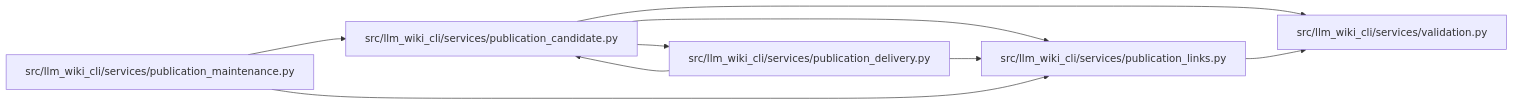
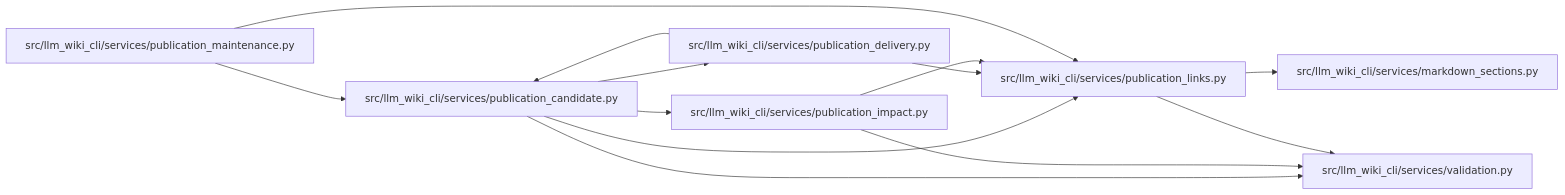
Before and after one commit to Denissvgn/python-wiki-llm: the diagram in docs/llm_wiki/modules/publication_links.md, drawn with Mermaid. The commit also changed other lines of this file and 338 other files, not shown here.

````diff
--- a/docs/llm_wiki/modules/publication_links.md
+++ b/docs/llm_wiki/modules/publication_links.md
@@ -27,21 +28,29 @@
 ```mermaid
 flowchart LR
-    n0["src/llm_wiki_cli/services/publication_candidate.py"]
-    n1["src/llm_wiki_cli/services/publication_delivery.py"]
-    n2["src/llm_wiki_cli/services/publication_links.py"]
-    n3["src/llm_wiki_cli/services/publication_maintenance.py"]
-    n4["src/llm_wiki_cli/services/validation.py"]
-    n0 --> n1
-    n0 --> n2
-    n0 --> n4
-    n1 --> n0
+    n0["src/llm_wiki_cli/services/markdown_sections.py"]
+    n1["src/llm_wiki_cli/services/publication_candidate.py"]
+    n2["src/llm_wiki_cli/services/publication_delivery.py"]
+    n3["src/llm_wiki_cli/services/publication_impact.py"]
+    n4["src/llm_wiki_cli/services/publication_links.py"]
+    n5["src/llm_wiki_cli/services/publication_maintenance.py"]
+    n6["src/llm_wiki_cli/services/validation.py"]
     n1 --> n2
+    n1 --> n3
+    n1 --> n4
+    n1 --> n6
+    n2 --> n1
     n2 --> n4
-    n3 --> n0
-    n3 --> n2
-    click n0 "../modules/publication_candidate.md"
-    click n1 "../modules/publication_delivery.md"
-    click n2 "../modules/publication_links.md"
-    click n3 "../modules/publication_maintenance.md"
-    click n4 "../modules/validation.md"
+    n3 --> n4
+    n3 --> n6
+    n4 --> n0
+    n4 --> n6
+    n5 --> n1
+    n5 --> n4
+    click n0 "../modules/markdown_sections.md"
+    click n1 "../modules/publication_candidate.md"
+    click n2 "../modules/publication_delivery.md"
+    click n3 "../modules/publication_impact.md"
+    click n4 "../modules/publication_links.md"
+    click n5 "../modules/publication_maintenance.md"
+    click n6 "../modules/validation.md"
 ```
````
